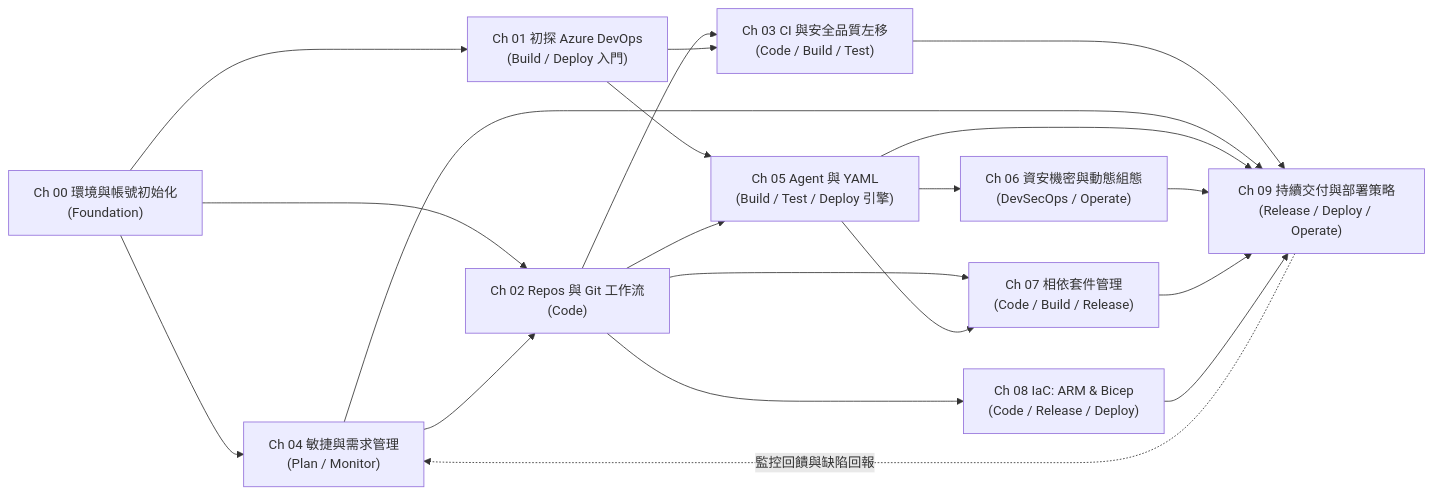
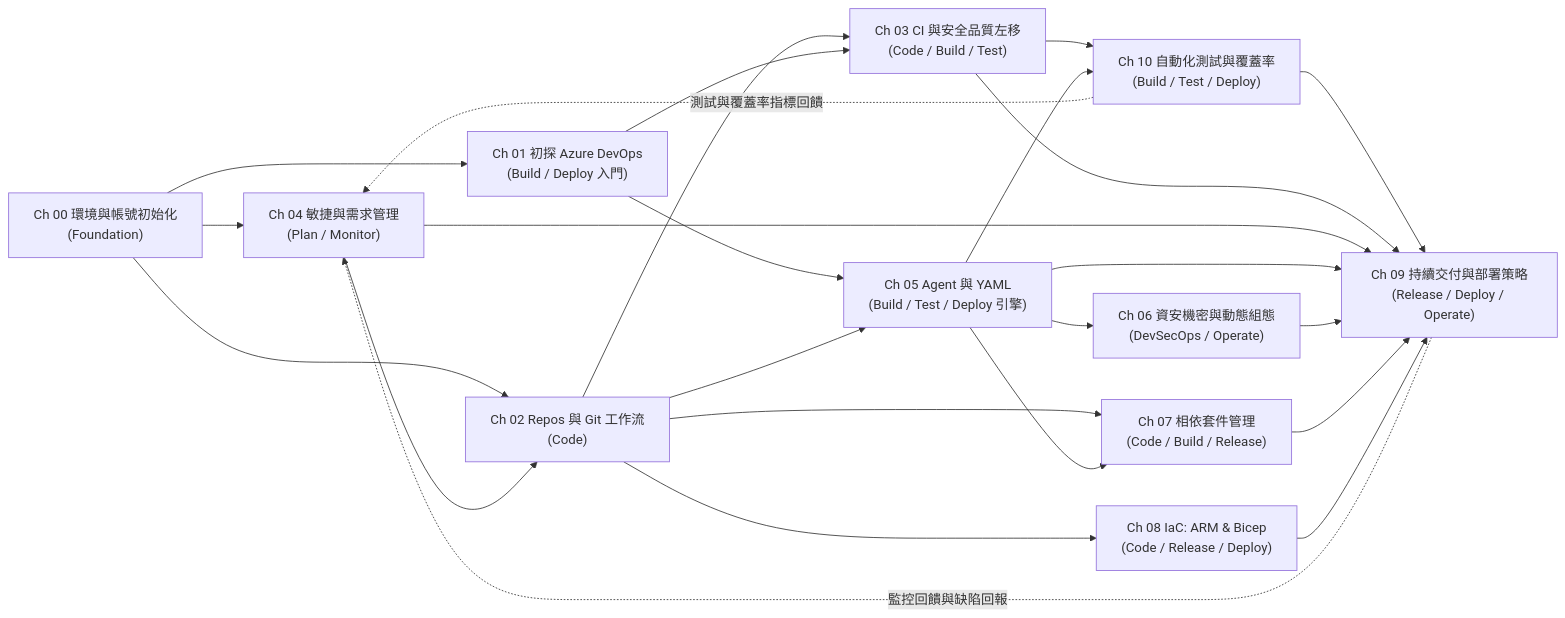
One commit to childkuo/az400LL changed the diagram in docs/az400_devops_curriculum_notes.md. Above: the diagram before and after it, drawn with Mermaid. The commit also changed other lines of this file and 2 other files, not shown here.

````diff
--- a/docs/az400_devops_curriculum_notes.md
+++ b/docs/az400_devops_curriculum_notes.md
@@ -10,33 +10,38 @@
 ```mermaid
 flowchart LR
     CH00["Ch 00 環境與帳號初始化\n(Foundation)"]
     CH04["Ch 04 敏捷與需求管理\n(Plan / Monitor)"]
     CH02["Ch 02 Repos 與 Git 工作流\n(Code)"]
     CH01["Ch 01 初探 Azure DevOps\n(Build / Deploy 入門)"]
     CH03["Ch 03 CI 與安全品質左移\n(Code / Build / Test)"]
     CH05["Ch 05 Agent 與 YAML\n(Build / Test / Deploy 引擎)"]
     CH07["Ch 07 相依套件管理\n(Code / Build / Release)"]
     CH06["Ch 06 資安機密與動態組態\n(DevSecOps / Operate)"]
     CH08["Ch 08 IaC: ARM & Bicep\n(Code / Release / Deploy)"]
+    CH10["Ch 10 自動化測試與覆蓋率\n(Build / Test / Deploy)"]
     CH09["Ch 09 持續交付與部署策略\n(Release / Deploy / Operate)"]
 
     CH00 --> CH04
     CH00 --> CH02
     CH00 --> CH01
     CH04 --> CH02
     CH02 --> CH03
     CH01 --> CH03
     CH01 --> CH05
     CH02 --> CH05
     CH02 --> CH07
     CH05 --> CH07
     CH02 --> CH08
     CH05 --> CH06
+    CH03 --> CH10
+    CH05 --> CH10
+    CH10 --> CH09
+    CH10 -.->|"測試與覆蓋率指標回饋"| CH04
     CH03 --> CH09
     CH04 --> CH09
     CH05 --> CH09
     CH06 --> CH09
     CH07 --> CH09
     CH08 --> CH09
     CH09 -.->|"監控回饋與缺陷回報"| CH04
 ```
````
